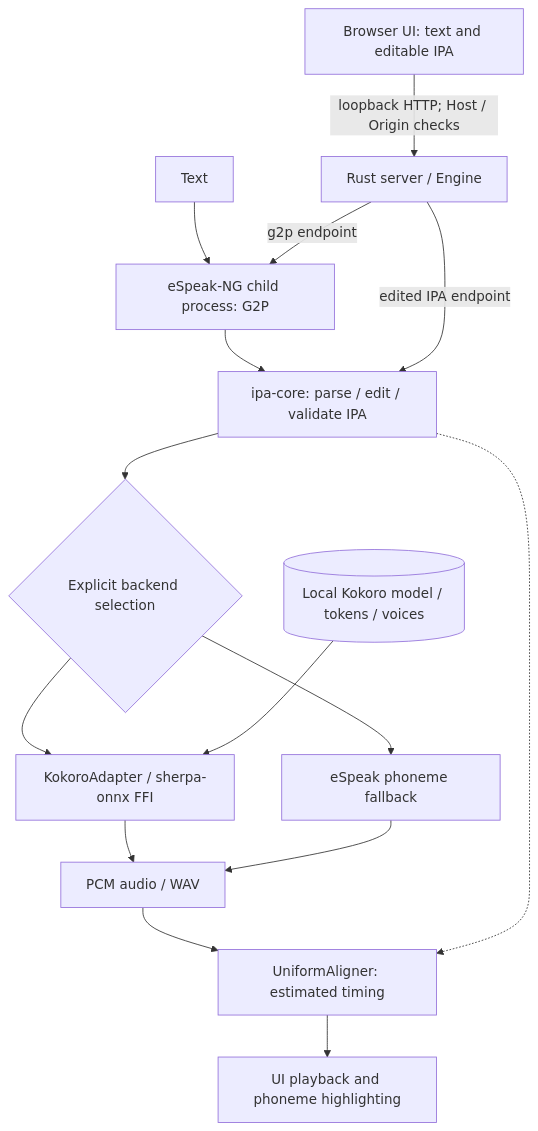
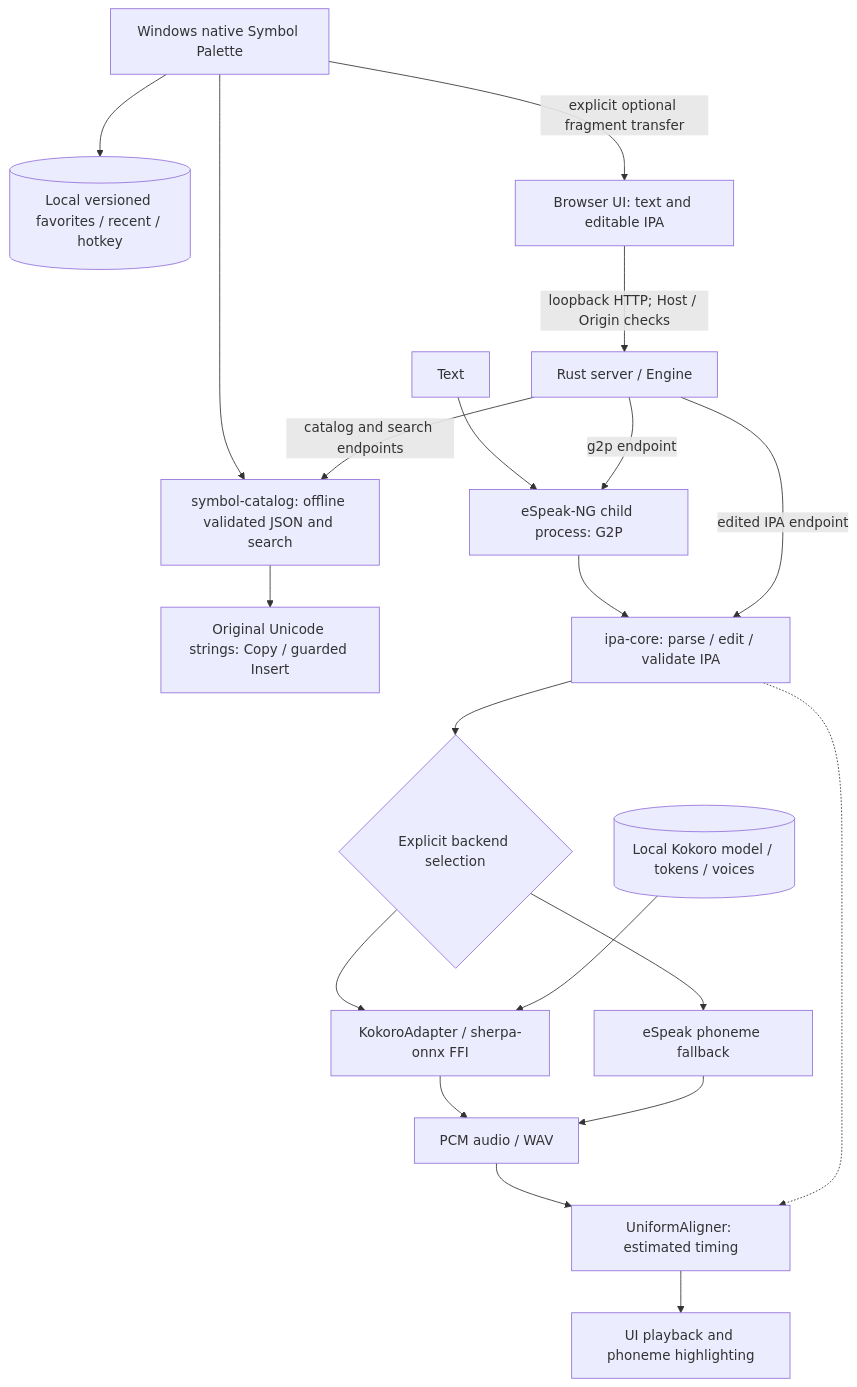
One commit to styayur/ipa-first-tts changed the diagram in README.md. Above: the diagram before and after it, drawn with Mermaid. The commit also changed other lines of this file and 280 other files, not shown here.

````diff
--- a/README.md
+++ b/README.md
@@ -66,17 +95,22 @@
 ```mermaid
 flowchart TB
+  Palette[Windows native Symbol Palette] --> Catalog[symbol-catalog: offline validated JSON and search]
+  Catalog --> Unicode[Original Unicode strings: Copy / guarded Insert]
+  Palette --> Settings[(Local versioned favorites / recent / hotkey)]
+  Palette -->|explicit optional fragment transfer| UI
+  Server -->|catalog and search endpoints| Catalog
   UI[Browser UI: text and editable IPA] -->|loopback HTTP; Host / Origin checks| Server[Rust server / Engine]
   Text[Text] --> G2P[eSpeak-NG child process: G2P]
   G2P --> IPA[ipa-core: parse / edit / validate IPA]
   Server -->|g2p endpoint| G2P
   Server -->|edited IPA endpoint| IPA
   IPA --> Backend{Explicit backend selection}
   Backend --> Kokoro[KokoroAdapter / sherpa-onnx FFI]
   Backend --> Espeak[eSpeak phoneme fallback]
   Models[(Local Kokoro model / tokens / voices)] --> Kokoro
   Kokoro --> Audio[PCM audio / WAV]
   Espeak --> Audio
   Audio --> Align[UniformAligner: estimated timing]
   IPA -.-> Align
   Align --> Result[UI playback and phoneme highlighting]
 ```
````
